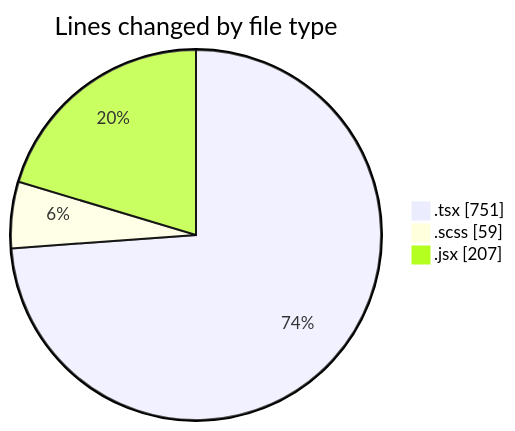
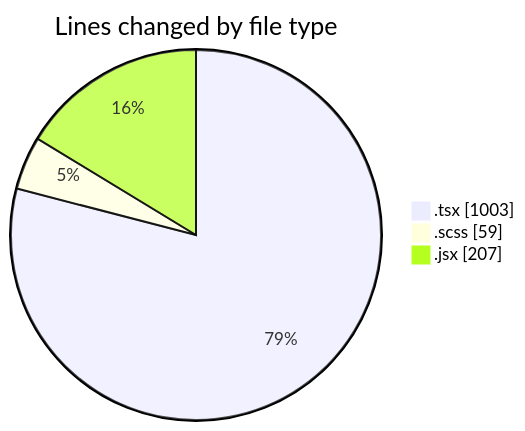
One commit to momahboobian/code-tracking changed the first of 2 diagrams in 2026-07-23/cda/README.md. Above: the diagram before and after it, drawn with Mermaid. The commit also changed other lines of this file and 1 other file, not shown here.

````diff
--- a/2026-07-23/cda/README.md
+++ b/2026-07-23/cda/README.md
@@ -25,7 +27,7 @@
 ```mermaid
 pie showData
 title Lines changed by file type
-".tsx" : 751
+".tsx" : 1003
 ".scss" : 59
 ".jsx" : 207
 ```
````
